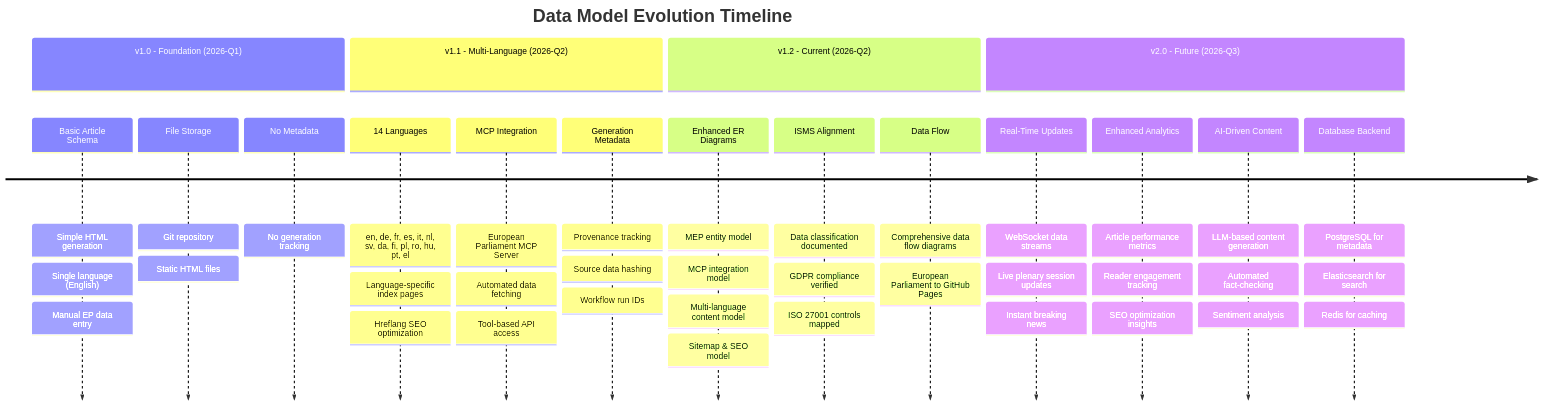
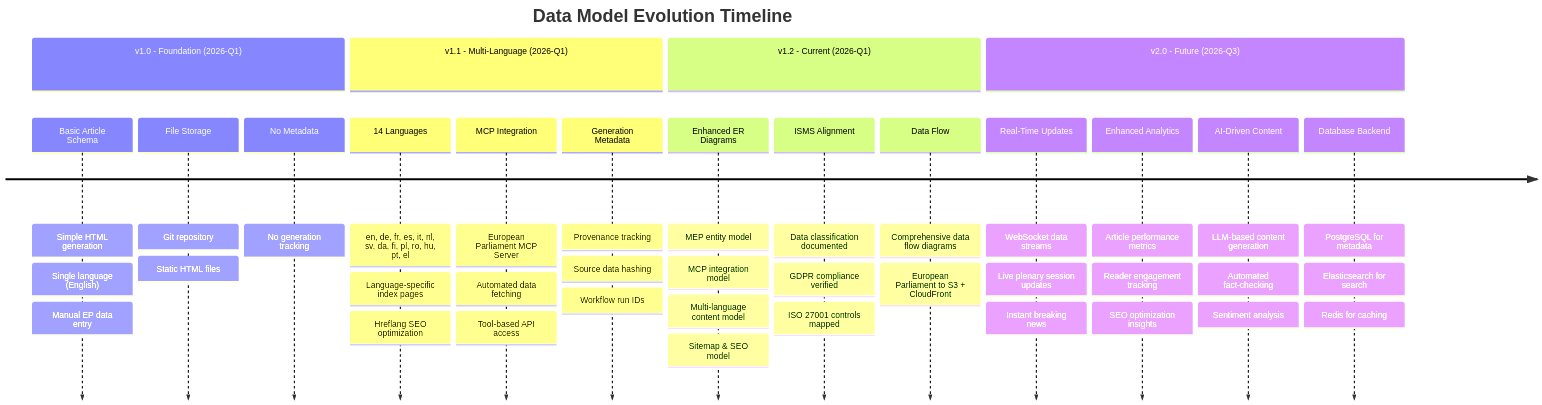
Before and after one commit to Hack23/euparliamentmonitor: the ninth of 9 diagrams in DATA_MODEL.md, drawn with Mermaid. The commit also changed other lines of this file, not shown here.

````diff
--- a/DATA_MODEL.md
+++ b/DATA_MODEL.md
@@ -1238,47 +1243,47 @@
 ```mermaid
 timeline
     title Data Model Evolution Timeline
     section v1.0 - Foundation (2026-Q1)
       Basic Article Schema : Simple HTML generation
                             : Single language (English)
                             : Manual EP data entry
       File Storage : Git repository
                    : Static HTML files
       No Metadata : No generation tracking
 
-    section v1.1 - Multi-Language (2026-Q2)
+    section v1.1 - Multi-Language (2026-Q1)
       14 Languages : en, de, fr, es, it, nl, sv, da, fi, pl, ro, hu, pt, el
                    : Language-specific index pages
                    : Hreflang SEO optimization
       MCP Integration : European Parliament MCP Server
                       : Automated data fetching
                       : Tool-based API access
       Generation Metadata : Provenance tracking
                           : Source data hashing
                           : Workflow run IDs
 
-    section v1.2 - Current (2026-Q2)
+    section v1.2 - Current (2026-Q1)
       Enhanced ER Diagrams : MEP entity model
                            : MCP integration model
                            : Multi-language content model
                            : Sitemap & SEO model
       ISMS Alignment : Data classification documented
                      : GDPR compliance verified
                      : ISO 27001 controls mapped
       Data Flow : Comprehensive data flow diagrams
-                : European Parliament to GitHub Pages
+                : European Parliament to S3 + CloudFront
 
     section v2.0 - Future (2026-Q3)
       Real-Time Updates : WebSocket data streams
                         : Live plenary session updates
                         : Instant breaking news
       Enhanced Analytics : Article performance metrics
                          : Reader engagement tracking
                          : SEO optimization insights
       AI-Driven Content : LLM-based content generation
                         : Automated fact-checking
                         : Sentiment analysis
       Database Backend : PostgreSQL for metadata
                        : Elasticsearch for search
                        : Redis for caching
 ```
````
